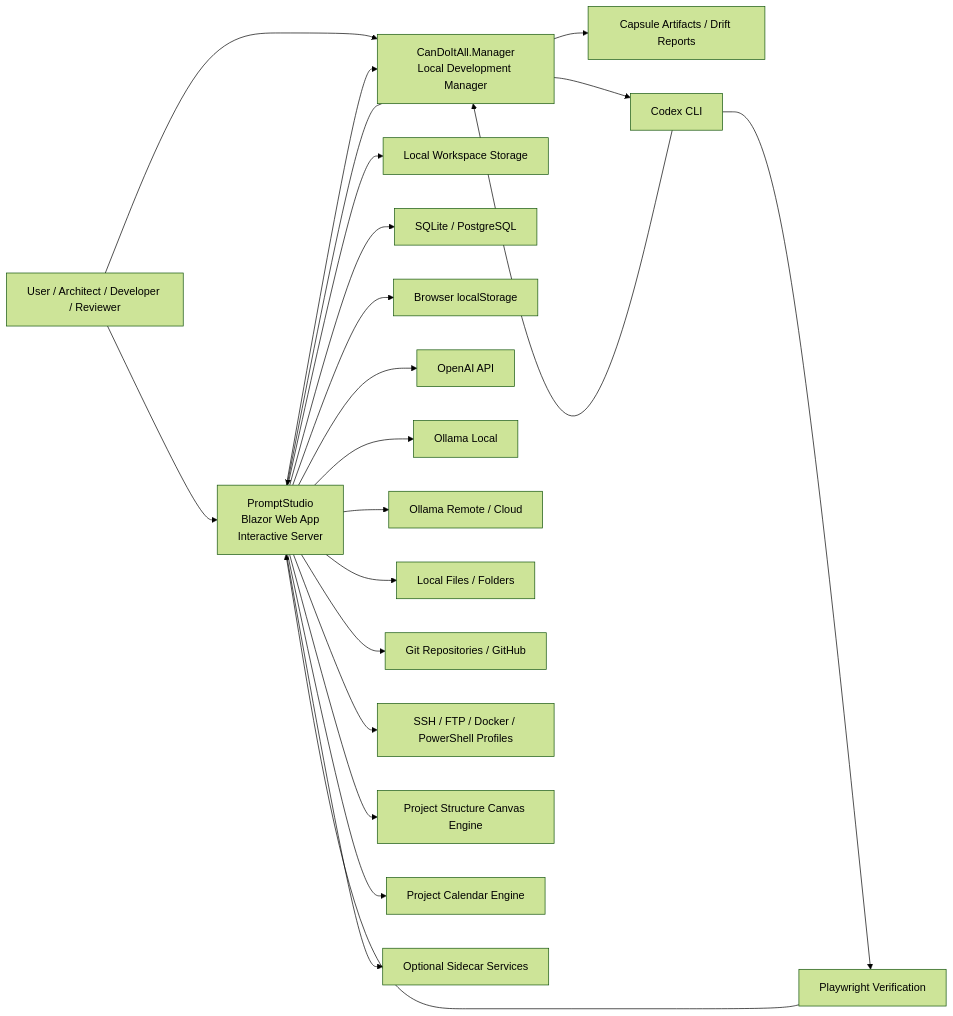
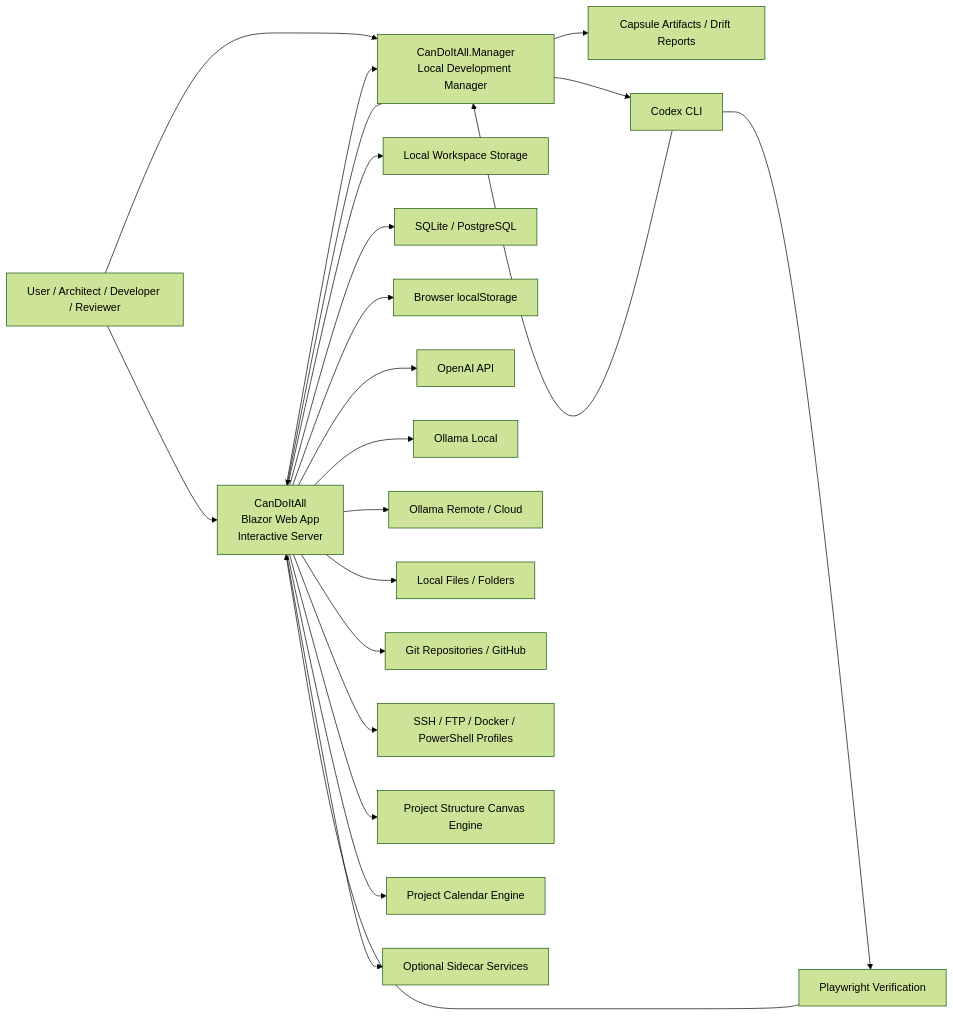
The diagram in PromptStudio_Architecture_Package/diagrams/01-system-context.mmd (fyziktom/CanDoItAll), drawn with Mermaid (forest theme) before and after one commit. The commit also changed 24 other files, not shown here.

```diff
--- a/PromptStudio_Architecture_Package/diagrams/01-system-context.mmd
+++ b/PromptStudio_Architecture_Package/diagrams/01-system-context.mmd
@@ -1,42 +1,42 @@
 %% 01-system-context.mmd
 flowchart LR
     User["User / Architect / Developer / Reviewer"]
-    PromptStudio["PromptStudio<br/>Blazor Web App<br/>Interactive Server"]
+    CanDoItAll["CanDoItAll<br/>Blazor Web App<br/>Interactive Server"]
     Manager["CanDoItAll.Manager<br/>Local Development Manager"]
     Workspace["Local Workspace Storage"]
     DB["SQLite / PostgreSQL"]
     BrowserState["Browser localStorage"]
     CapsuleArtifacts["Capsule Artifacts / Drift Reports"]
     CodexCli["Codex CLI"]
     Playwright["Playwright Verification"]
     OpenAI["OpenAI API"]
     OllamaLocal["Ollama Local"]
     OllamaRemote["Ollama Remote / Cloud"]
     FileSystem["Local Files / Folders"]
     Repo["Git Repositories / GitHub"]
     Connectors["SSH / FTP / Docker / PowerShell Profiles"]
     Canvas["Project Structure Canvas Engine"]
     Calendar["Project Calendar Engine"]
     Sidecars["Optional Sidecar Services"]
 
-    User --> PromptStudio
+    User --> CanDoItAll
     User --> Manager
-    PromptStudio --> Workspace
-    PromptStudio --> DB
-    PromptStudio --> BrowserState
-    PromptStudio --> Manager
-    Manager --> PromptStudio
+    CanDoItAll --> Workspace
+    CanDoItAll --> DB
+    CanDoItAll --> BrowserState
+    CanDoItAll --> Manager
+    Manager --> CanDoItAll
     Manager --> CapsuleArtifacts
     Manager --> CodexCli
     CodexCli --> Manager
     CodexCli --> Playwright
-    Playwright --> PromptStudio
-    PromptStudio --> OpenAI
-    PromptStudio --> OllamaLocal
-    PromptStudio --> OllamaRemote
-    PromptStudio --> FileSystem
-    PromptStudio --> Repo
-    PromptStudio --> Connectors
-    PromptStudio --> Canvas
-    PromptStudio --> Calendar
-    PromptStudio --> Sidecars
+    Playwright --> CanDoItAll
+    CanDoItAll --> OpenAI
+    CanDoItAll --> OllamaLocal
+    CanDoItAll --> OllamaRemote
+    CanDoItAll --> FileSystem
+    CanDoItAll --> Repo
+    CanDoItAll --> Connectors
+    CanDoItAll --> Canvas
+    CanDoItAll --> Calendar
+    CanDoItAll --> Sidecars
```
